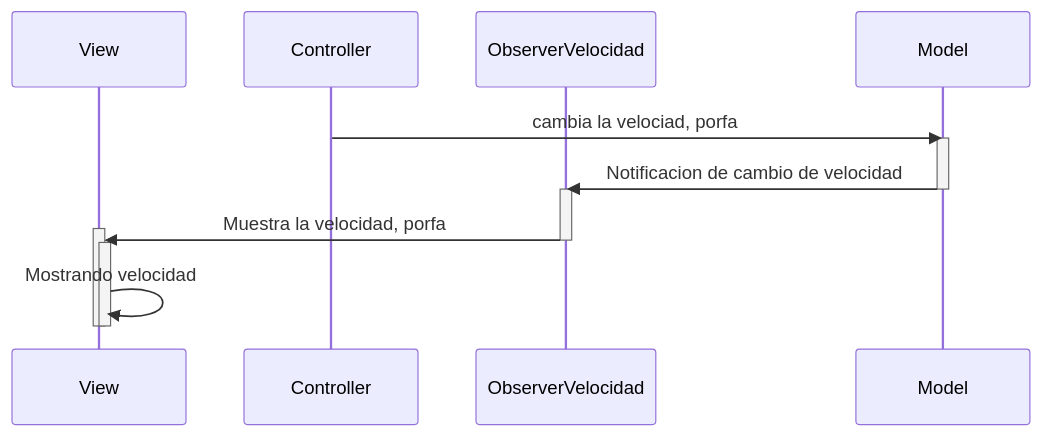
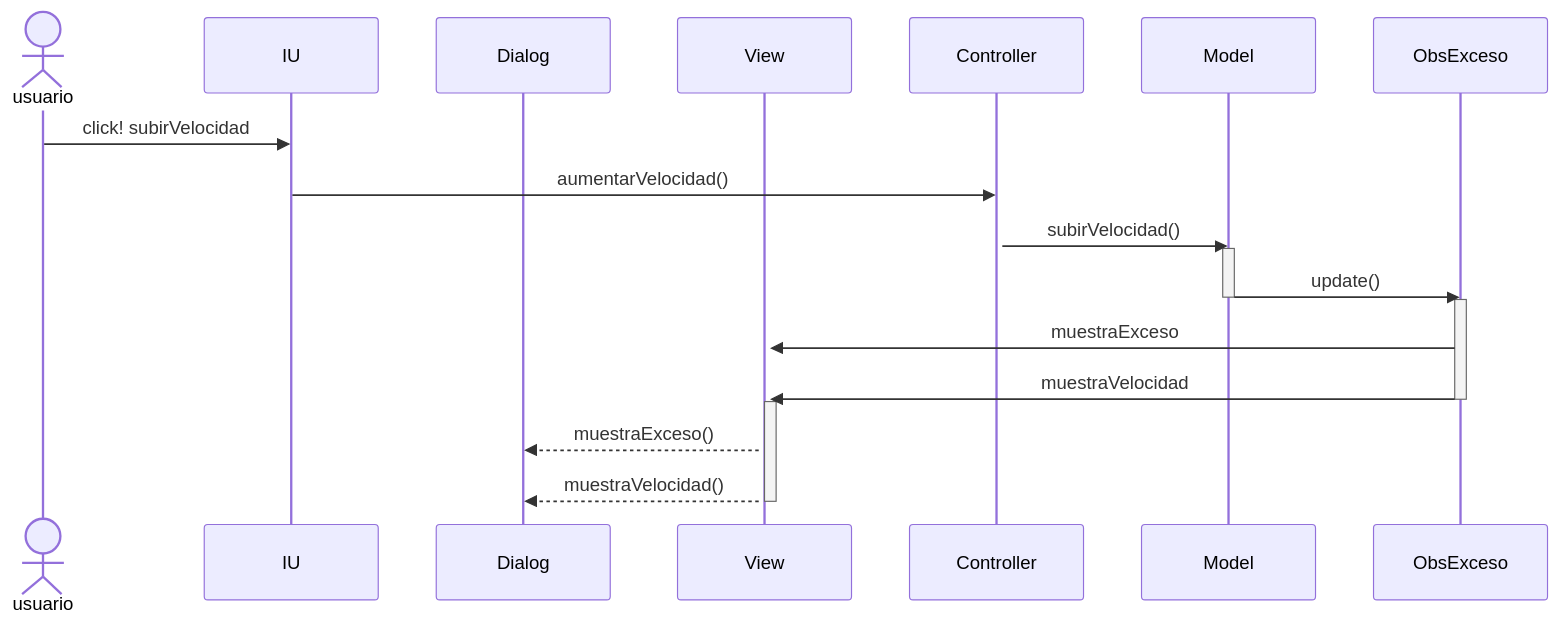
One commit to SilverClick/MVC_coches changed the second of 3 diagrams in Readme.md. Above: the diagram before and after it, drawn with Mermaid. The commit also changed other lines of this file and 3 other files, not shown here.

````diff
--- a/Readme.md
+++ b/Readme.md
@@ -54,18 +48,28 @@
 ```mermaid
+
+
 sequenceDiagram
-    participant View
-    participant Controller
-    participant ObserverVelocidad
+actor usuario
+participant IU
+        participant Dialog
+        participant View
+
+participant Controller
     participant Model
-    
-    Controller->>Model: cambia la velociad, porfa
+    usuario->>IU: click! subirVelocidad
+    IU->>Controller: aumentarVelocidad()
+    activate Controller
+    Controller->>Model: subirVelocidad()
     activate Model
-    Model->>ObserverVelocidad: Notificacion de cambio de velocidad
+     Model->>ObsExceso: update()
     deactivate Model
-    activate ObserverVelocidad
-    ObserverVelocidad->>+View: Muestra la velocidad, porfa
-    deactivate ObserverVelocidad
-    activate View
-    View->>-View: Mostrando velocidad
-    deactivate View
+     activate ObsExceso
+      ObsExceso->>+View: muestraExceso
+      ObsExceso->>+View: muestraVelocidad
+          deactivate ObsExceso
+          View-->>Dialog: muestraExceso()
+    View-->>Dialog: muestraVelocidad()
+     deactivate View
+
+
 ```
````
